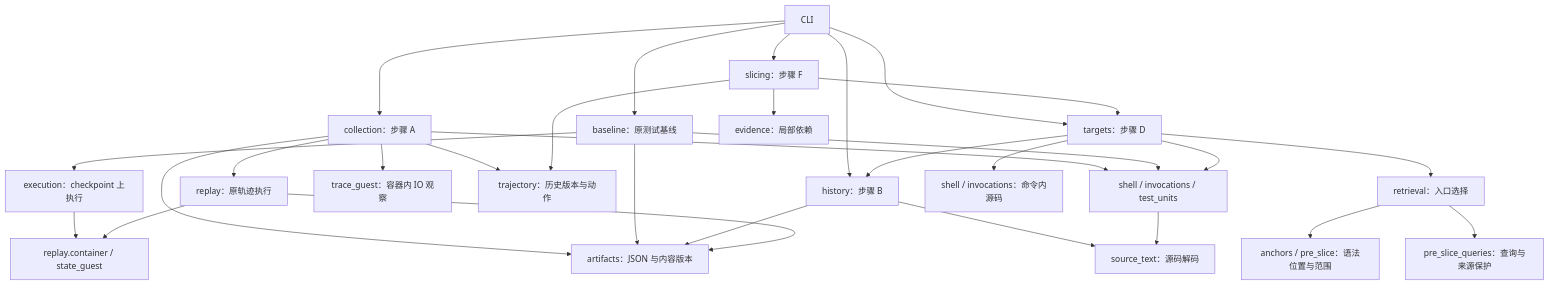
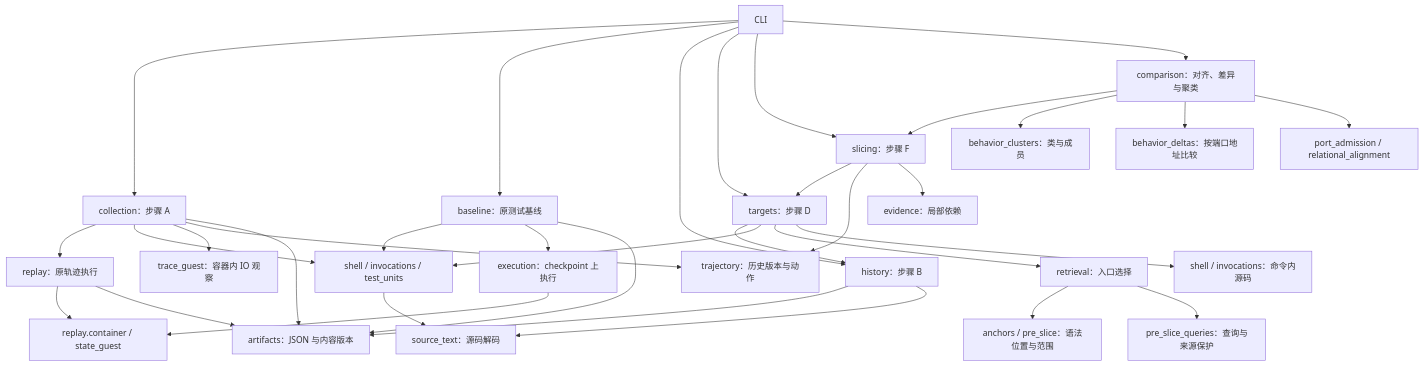
Before and after one commit to feixiangdejiahao/TraMask: the diagram in src/eviweave/ARCHITECTURE.md, drawn with Mermaid. The commit also changed other lines of this file and 62 other files, not shown here.

First line of the commit message:
Integrate EviWeave behavior comparison and material connections

````diff
--- a/src/eviweave/ARCHITECTURE.md
+++ b/src/eviweave/ARCHITECTURE.md
@@ -47,31 +62,36 @@
 ```mermaid
 flowchart TD
     CLI[CLI] --> C[collection：步骤 A]
     CLI --> B[baseline：原测试基线]
     CLI --> H[history：步骤 B]
     CLI --> T[targets：步骤 D]
     CLI --> F[slicing：步骤 F]
+    CLI --> K[comparison：对齐、差异与聚类]
+    K --> F
+    K --> KC[behavior_clusters：类与成员]
+    K --> KD[behavior_deltas：按端口地址比较]
+    K --> KA[port_admission / relational_alignment]
     C --> R[replay：原轨迹执行]
     C --> P[shell / invocations / test_units]
     C --> O[trace_guest：容器内 IO 观察]
     C --> J[trajectory：历史版本与动作]
     F --> T
     F --> J
     F --> V2[evidence：局部依赖]
     B --> P
     B --> E[execution：checkpoint 上执行]
     E --> D[replay.container / state_guest]
     R --> D
     C --> A[artifacts：JSON 与内容版本]
     B --> A
     H --> A
     T --> H
     T --> P
     T --> V[retrieval：入口选择]
     V --> S[anchors / pre_slice：语法位置与范围]
     V --> Q[pre_slice_queries：查询与来源保护]
     T --> W[shell / invocations：命令内源码]
     H --> X[source_text：源码解码]
     P --> X
     R --> A
 ```
````
